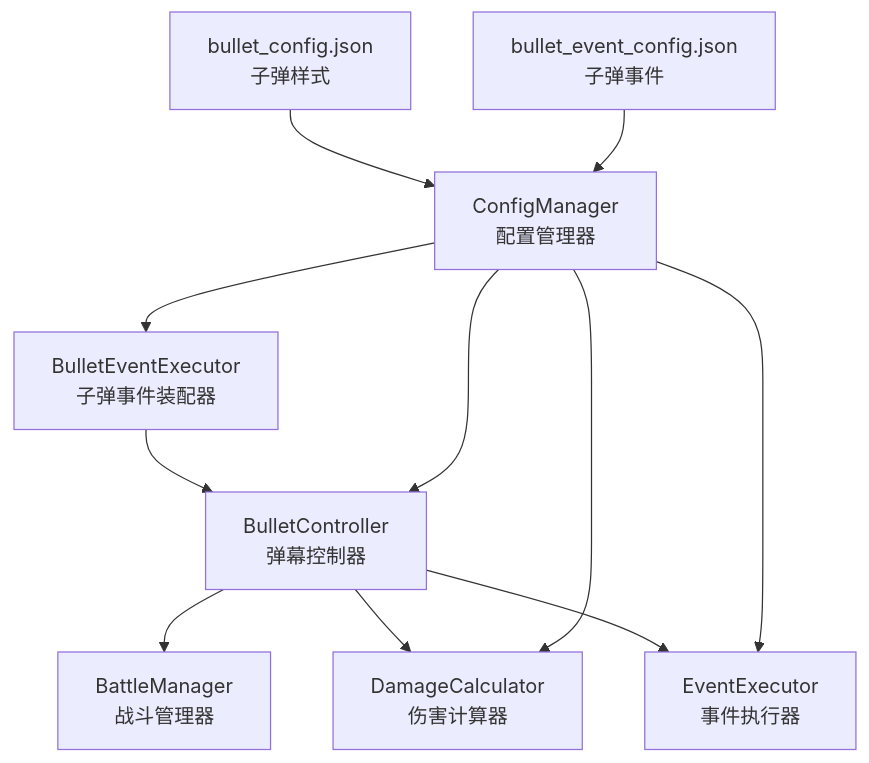
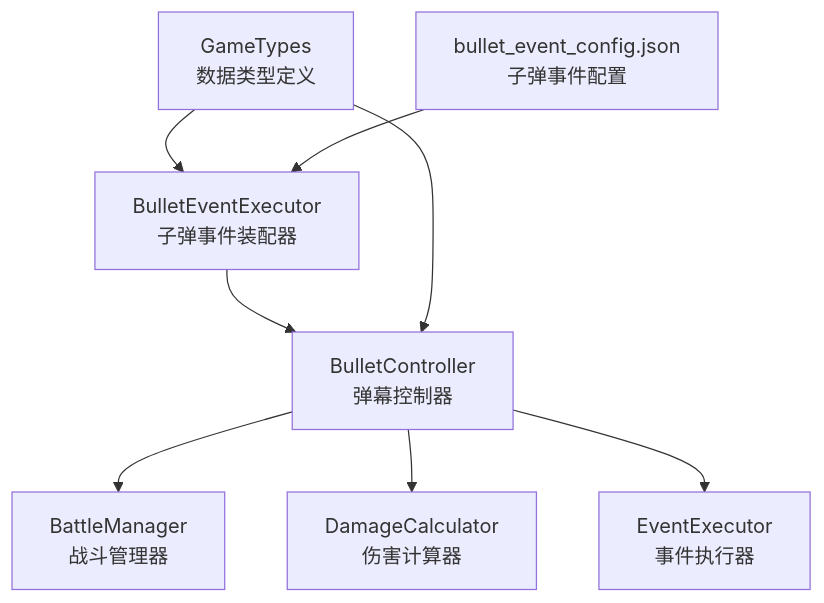
Before and after one commit to Tuusen/p1_client: the first of 5 diagrams in .qoder/repowiki/zh/content/战斗系统/弹幕系统.md, drawn with Mermaid. The commit also changed other lines of this file and 13 other files, not shown here.

````diff
--- a/.qoder/repowiki/zh/content/战斗系统/弹幕系统.md
+++ b/.qoder/repowiki/zh/content/战斗系统/弹幕系统.md
@@ -43,13 +49,10 @@
 ```mermaid
 graph TB
 BC["BulletController<br/>弹幕控制器"] --> BM["BattleManager<br/>战斗管理器"]
 BC --> DC["DamageCalculator<br/>伤害计算器"]
 BC --> EE["EventExecutor<br/>事件执行器"]
 BE["BulletEventExecutor<br/>子弹事件装配器"] --> BC
-GM["ConfigManager<br/>配置管理器"] --> BE
-GM --> BC
-GM --> DC
-GM --> EE
-CFG1["bullet_config.json<br/>子弹样式"] --> GM
-CFG2["bullet_event_config.json<br/>子弹事件"] --> GM
+GT["GameTypes<br/>数据类型定义"] --> BE
+GT --> BC
+CFG["bullet_event_config.json<br/>子弹事件配置"] --> BE
 ```
````
